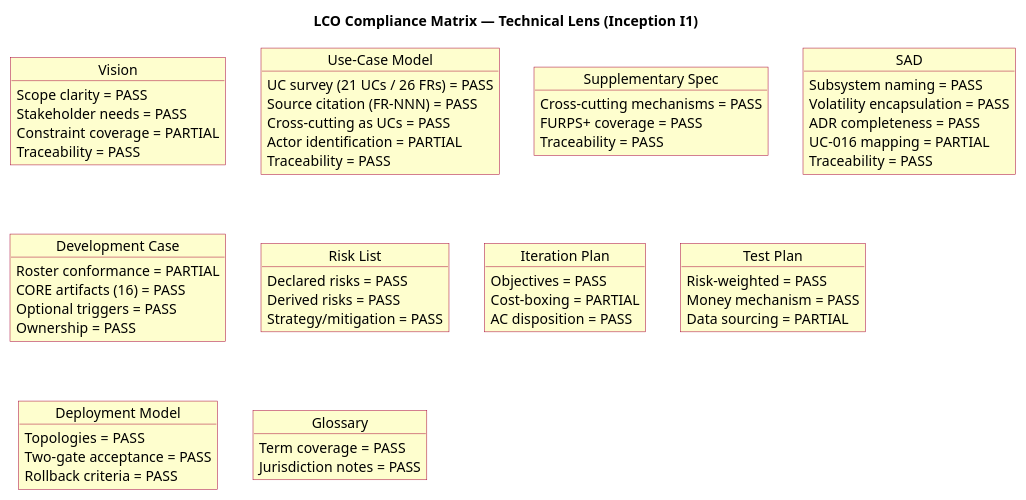
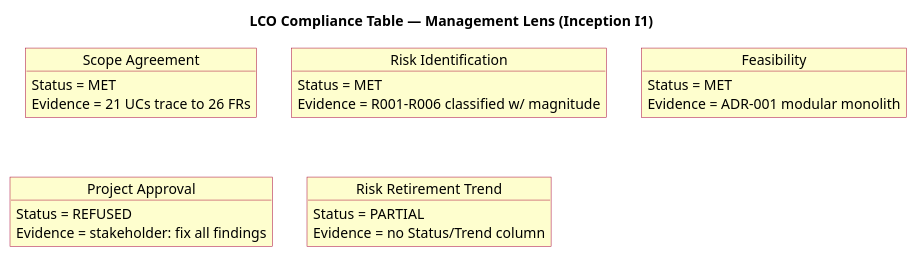
Before and after one commit to banense-test/trademe: the first of 3 diagrams in docs/artifacts/project-management/review-record.md, drawn with PlantUML. The commit also changed other lines of this file, not shown here.

First line of the commit message:
Management Reviewer [I1]: upsert Review Record

````diff
--- a/docs/artifacts/project-management/review-record.md
+++ b/docs/artifacts/project-management/review-record.md
@@ -37,74 +40,34 @@
 ```plantuml
 @startuml
 skinparam object {
   BackgroundColor #FEFECE
   BorderColor #A80036
 }
-title LCO Compliance Matrix — Technical Lens (Inception I1)
+title LCO Compliance Table — Management Lens (Inception I1)
 
-object "Vision" as V {
-  Scope clarity = PASS
-  Stakeholder needs = PASS
-  Constraint coverage = PARTIAL
-  Traceability = PASS
+object "Scope Agreement" as SA {
+  Status = MET
+  Evidence = 21 UCs trace to 26 FRs
 }
 
-object "Use-Case Model" as UCM {
-  UC survey (21 UCs / 26 FRs) = PASS
-  Source citation (FR-NNN) = PASS
-  Cross-cutting as UCs = PASS
-  Actor identification = PARTIAL
-  Traceability = PASS
+object "Risk Identification" as RI {
+  Status = MET
+  Evidence = R001-R006 classified w/ magnitude
 }
 
-object "Supplementary Spec" as SS {
-  Cross-cutting mechanisms = PASS
-  FURPS+ coverage = PASS
-  Traceability = PASS
+object "Feasibility" as F {
+  Status = MET
+  Evidence = ADR-001 modular monolith
 }
 
-object "SAD" as SAD {
-  Subsystem naming = PASS
-  Volatility encapsulation = PASS
-  ADR completeness = PASS
-  UC-016 mapping = PARTIAL
-  Traceability = PASS
+object "Project Approval" as PA {
+  Status = REFUSED
+  Evidence = stakeholder: fix all findings
 }
 
-object "Development Case" as DC {
-  Roster conformance = PARTIAL
-  CORE artifacts (16) = PASS
-  Optional triggers = PASS
-  Ownership = PASS
-}
-
-object "Risk List" as RL {
-  Declared risks = PASS
-  Derived risks = PASS
-  Strategy/mitigation = PASS
-}
-
-object "Iteration Plan" as IP {
-  Objectives = PASS
-  Cost-boxing = PARTIAL
-  AC disposition = PASS
-}
-
-object "Test Plan" as TP {
-  Risk-weighted = PASS
-  Money mechanism = PASS
-  Data sourcing = PARTIAL
-}
-
-object "Deployment Model" as DM {
-  Topologies = PASS
-  Two-gate acceptance = PASS
-  Rollback criteria = PASS
-}
-
-object "Glossary" as G {
-  Term coverage = PASS
-  Jurisdiction notes = PASS
+object "Risk Retirement Trend" as RT {
+  Status = PARTIAL
+  Evidence = no Status/Trend column
 }
 @enduml
 ```
````
